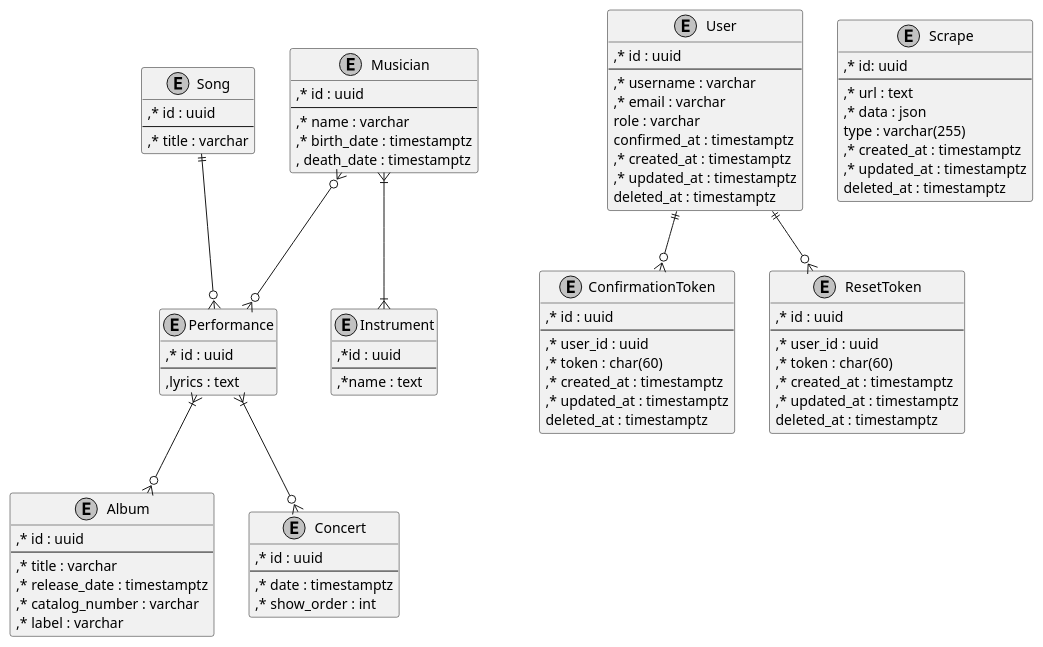
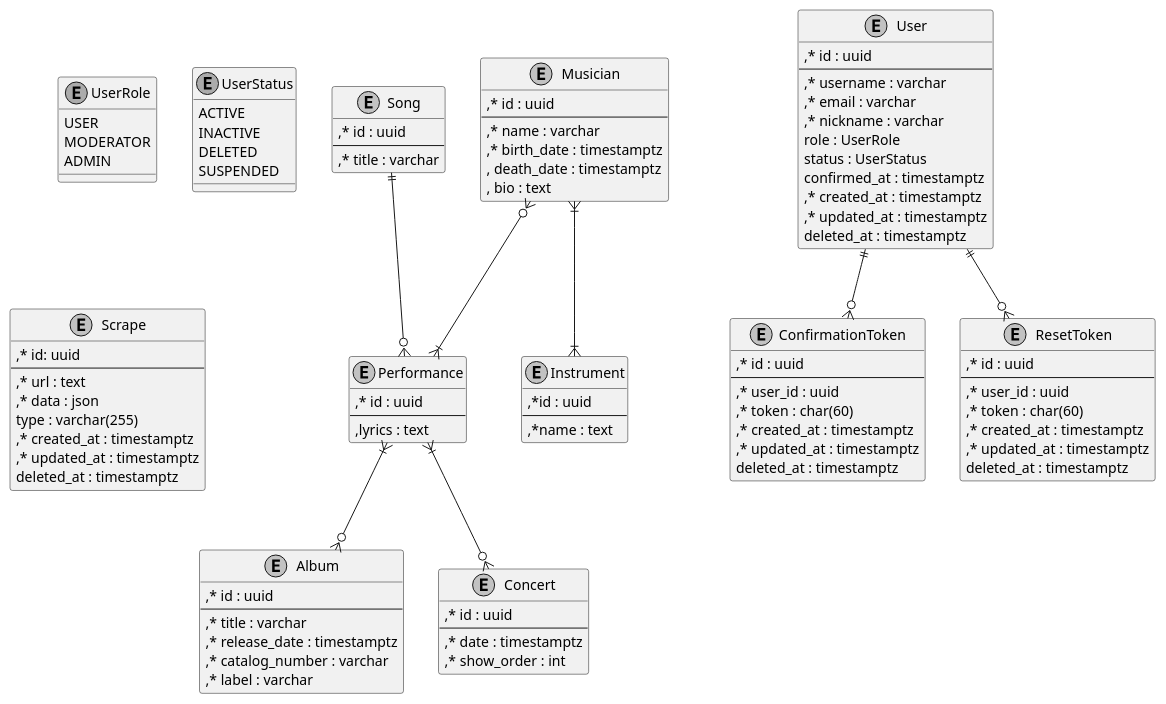
One commit to zappa-base/zappa-base changed the diagram in README.org. Above: the diagram before and after it, drawn with PlantUML. The commit also changed other lines of this file, not shown here.

Commit message:
remove unused libs, update models

```diff
--- a/README.org
+++ b/README.org
@@ -46,6 +46,7 @@
   ,* name : varchar
   ,* birth_date : timestamptz
   , death_date : timestamptz
+  , bio : text
 }
 
 entity Song {
@@ -59,11 +60,26 @@
   --
   ,* username : varchar 
   ,* email : varchar
-  role : varchar
+  ,* nickname : varchar
+  role : UserRole
+  status : UserStatus
   confirmed_at : timestamptz
   ,* created_at : timestamptz
   ,* updated_at : timestamptz
   deleted_at : timestamptz
+}
+ 
+enum UserRole {
+  USER
+  MODERATOR
+  ADMIN
+}
+
+enum UserStatus {
+  ACTIVE
+  INACTIVE
+  DELETED
+  SUSPENDED
 }
 
 entity ConfirmationToken {
@@ -99,7 +115,7 @@
 
 Song ||--o{ Performance
 Performance }|--o{ Album
-Musician }o--o{ Performance
+Musician }o--|{ Performance
 Musician }|--|{ Instrument
 Performance }|--o{ Concert
 
```
